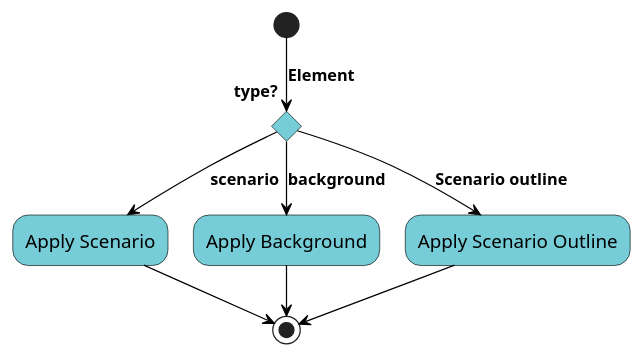
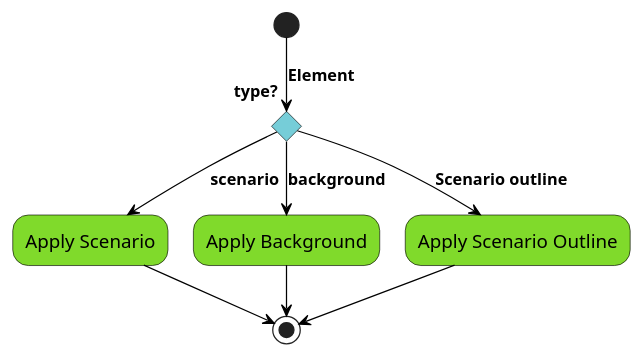
One commit to gherking/gherking-docs changed the diagram in src/data/applyElement.puml. Above: the diagram before and after it, drawn with PlantUML. The commit also changed 10 other files, not shown here.

Commit message:
plantuml visualization of the precompiler

```diff
--- a/src/data/applyElement.puml
+++ b/src/data/applyElement.puml
@@ -1,21 +1,24 @@
 @startuml
 skinparam activity {
 BackgroundColor #76CDD8
+BackgroundColor<<apply>> #80DA2B
+BackgroundColor<<filter>> #808080
+BackgroundColor<<handle>> #AA6DC7
 ArrowColor black
 ArrowFontSize 13
 ArrowFontStyle bold
 ArrowFontName Segoe UI
 BorderColor black
 FontName Segoe UI
 FontSize 15
 }
 (*) -->[Element] If "type?"
---> [scenario] "Apply Scenario"
+--> [scenario] "Apply Scenario"<<apply>>
 --> (*)
 else
--->[background] "Apply Background"
+-->[background] "Apply Background"<<apply>>
 --> (*)
 else
--->[Scenario outline] "Apply Scenario Outline"
+-->[Scenario outline] "Apply Scenario Outline"<<apply>>
 --> (*)
 @enduml
```
